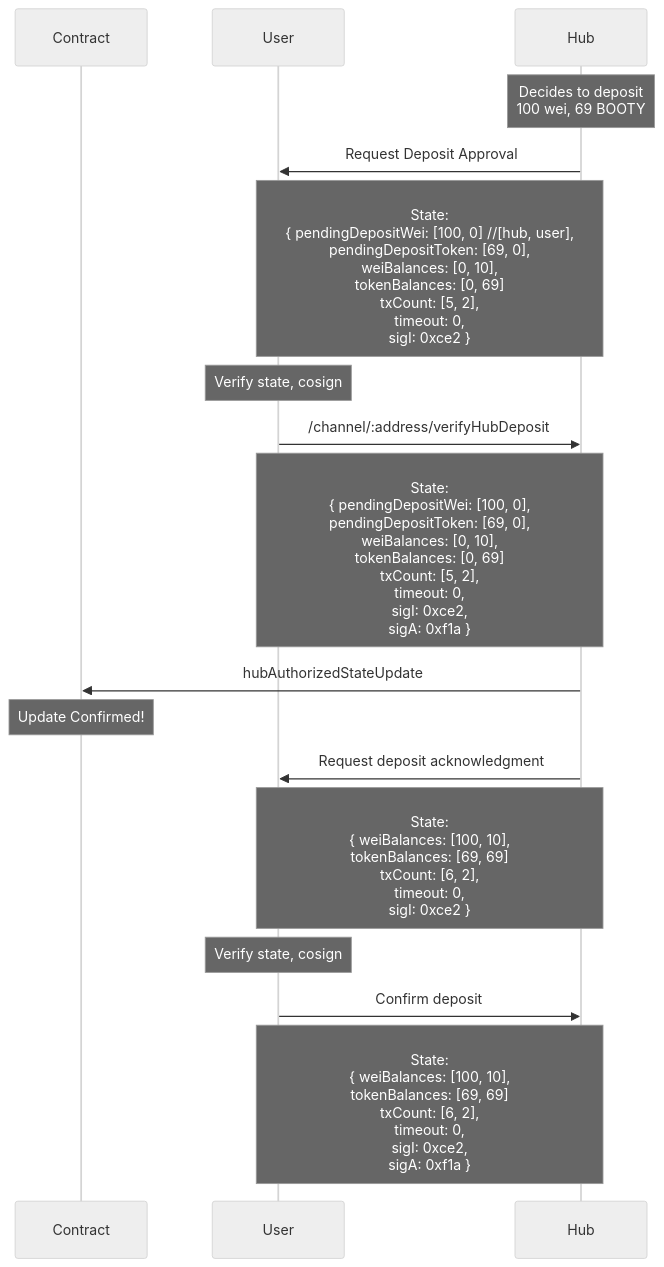
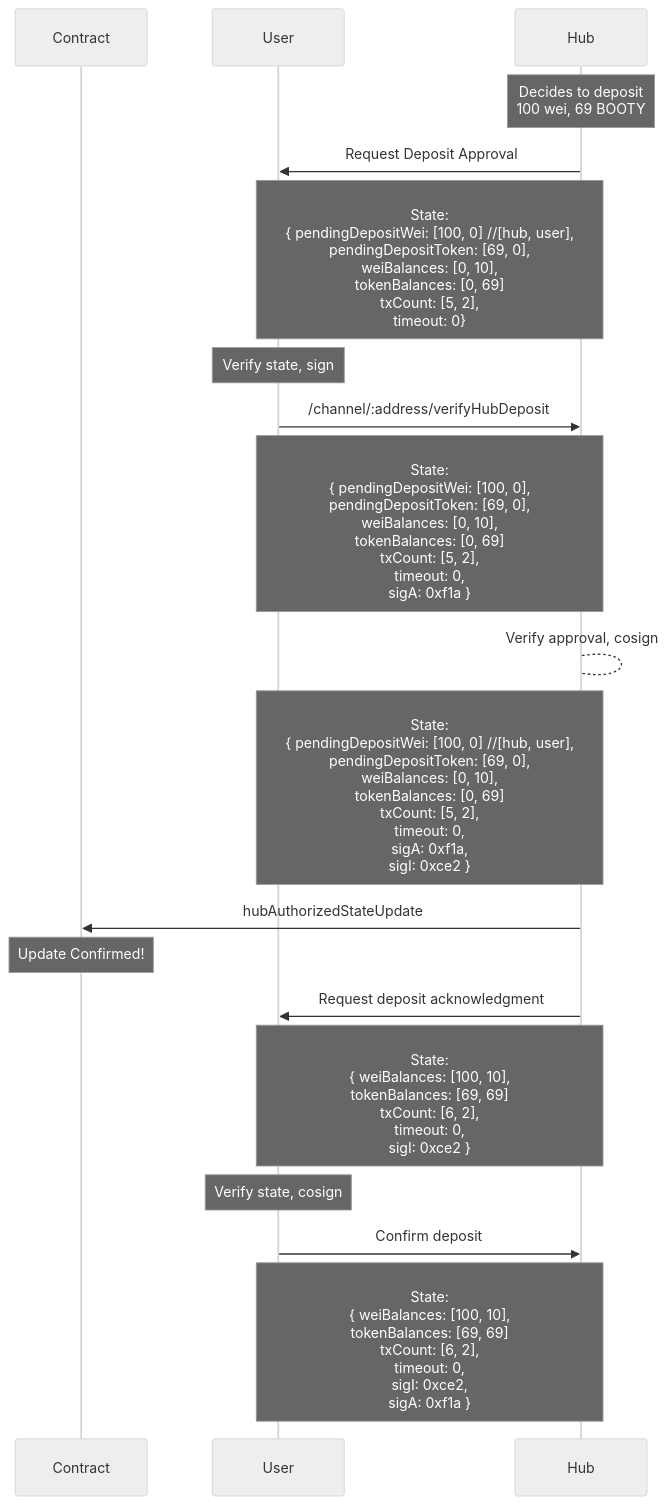
Before and after one commit to kyokan/contracts: the diagram in docs/diagrams/hub-deposit.mmd, drawn with Mermaid (neutral theme).

Commit message:
hub doesnt sign deposit first

```diff
--- a/docs/diagrams/hub-deposit.mmd
+++ b/docs/diagrams/hub-deposit.mmd
@@ -1,32 +1,36 @@
 sequenceDiagram
 
     # title <u>Hub Deposit</u>
 
     # aliases
     participant Contract
     participant User
     participant Hub
 
     Note over Hub: Decides to deposit <br> 100 wei, 69 BOOTY
 
     Hub->>User: Request Deposit Approval
 
-    Note over Hub,User: <br> State: <br> { pendingDepositWei: [100, 0] //[hub, user], <br> pendingDepositToken: [69, 0], <br> weiBalances: [0, 10], <br> tokenBalances: [0, 69] <br> txCount: [5, 2], <br> timeout: 0, <br> sigI: 0xce2 }
+    Note over Hub,User: <br> State: <br> { pendingDepositWei: [100, 0] //[hub, user], <br> pendingDepositToken: [69, 0], <br> weiBalances: [0, 10], <br> tokenBalances: [0, 69] <br> txCount: [5, 2], <br> timeout: 0}
 
-    Note over User: Verify state, cosign
+    Note over User: Verify state, sign
 
     User->>Hub: /channel/:address/verifyHubDeposit
 
-    Note over User,Hub: <br> State: <br> { pendingDepositWei: [100, 0], <br> pendingDepositToken: [69, 0], <br> weiBalances: [0, 10], <br> tokenBalances: [0, 69] <br> txCount: [5, 2], <br> timeout: 0, <br> sigI: 0xce2, <br> sigA: 0xf1a }
+    Note over User,Hub: <br> State: <br> { pendingDepositWei: [100, 0], <br> pendingDepositToken: [69, 0], <br> weiBalances: [0, 10], <br> tokenBalances: [0, 69] <br> txCount: [5, 2], <br> timeout: 0, <br> sigA: 0xf1a }
+
+    Hub-->Hub: Verify approval, cosign
+
+    Note over Hub,User: <br> State: <br> { pendingDepositWei: [100, 0] //[hub, user], <br> pendingDepositToken: [69, 0], <br> weiBalances: [0, 10], <br> tokenBalances: [0, 69] <br> txCount: [5, 2], <br> timeout: 0, <br> sigA: 0xf1a, <br> sigI: 0xce2 }
 
     Hub->>Contract: hubAuthorizedStateUpdate
 
     Note over Contract: Update Confirmed!
 
     Hub->>User: Request deposit acknowledgment
     Note over User,Hub: <br> State: <br> { weiBalances: [100, 10], <br> tokenBalances: [69, 69] <br> txCount: [6, 2], <br> timeout: 0, <br> sigI: 0xce2 }
 
     Note over User: Verify state, cosign
 
     User->>Hub: Confirm deposit
     Note over User,Hub: <br> State: <br> { weiBalances: [100, 10], <br> tokenBalances: [69, 69] <br> txCount: [6, 2], <br> timeout: 0, <br> sigI: 0xce2, <br> sigA: 0xf1a  }
```
